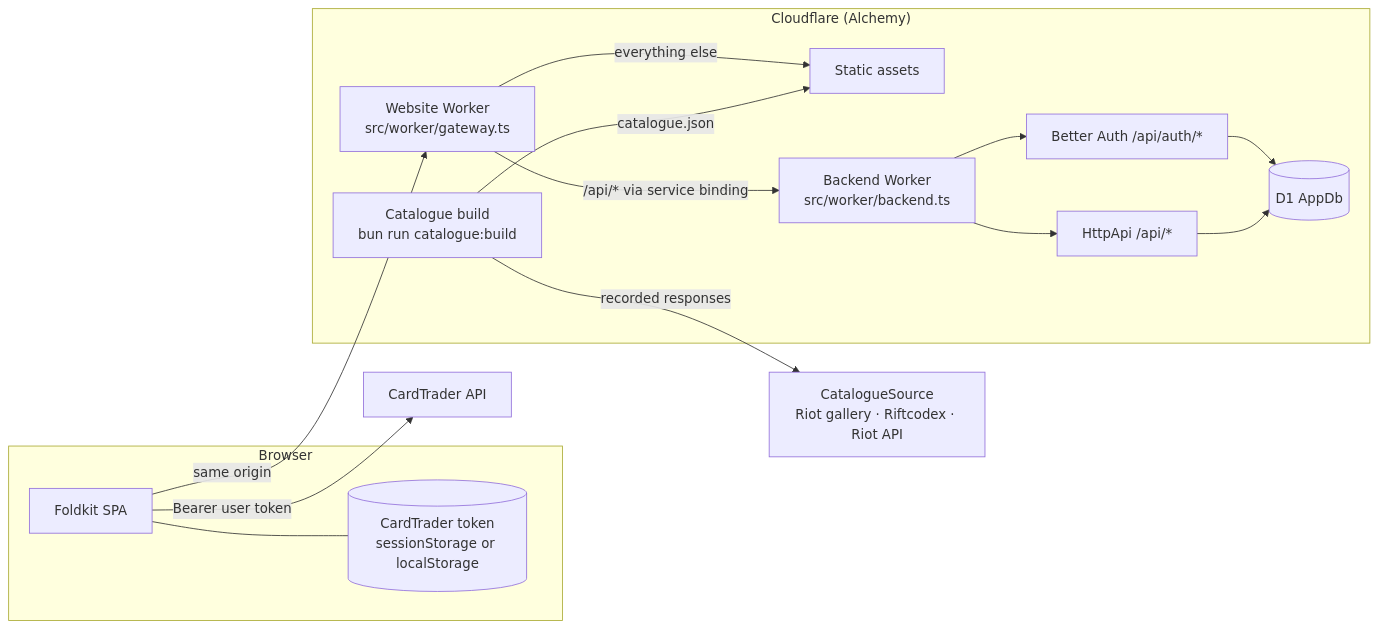
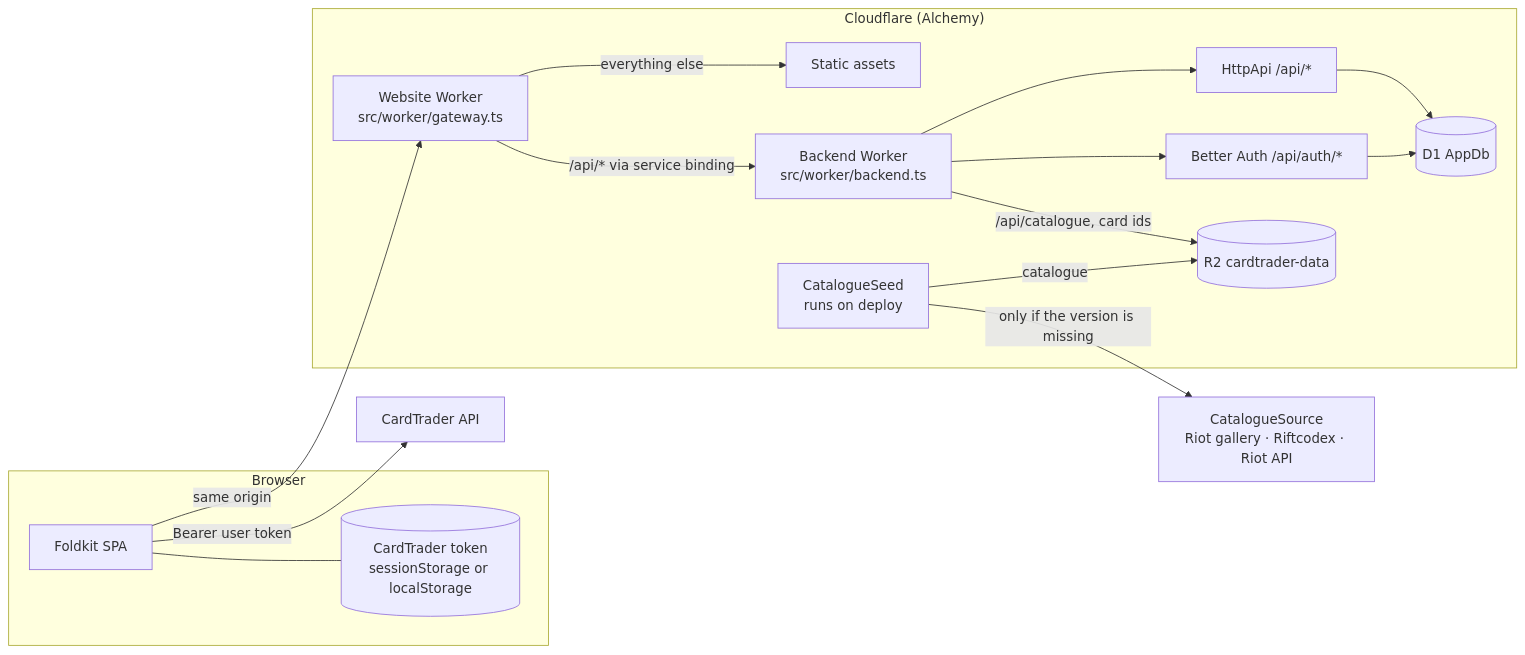
One commit to NichAnti/runebinder changed the diagram in docs/02-system-design.md. Above: the diagram before and after it, drawn with Mermaid. The commit also changed other lines of this file and 33 other files, not shown here.

First line of the commit message:
Seed the card catalogue into R2 on deploy and serve it from the Backend

````diff
--- a/docs/02-system-design.md
+++ b/docs/02-system-design.md
@@ -3,32 +3,34 @@
 ```mermaid
 flowchart LR
   subgraph Browser
     SPA[Foldkit SPA]
     Token[(CardTrader token<br>sessionStorage or localStorage)]
   end
 
   subgraph Cloudflare["Cloudflare (Alchemy)"]
     Gateway[Website Worker<br>src/worker/gateway.ts]
     Assets[Static assets]
     Backend[Backend Worker<br>src/worker/backend.ts]
     Auth[Better Auth /api/auth/*]
     Api[HttpApi /api/*]
-    Import[Catalogue build<br>bun run catalogue:build]
+    Seed[CatalogueSeed<br>runs on deploy]
+    Bucket[(R2 cardtrader-data)]
     DB[(D1 AppDb)]
   end
 
   Source[CatalogueSource<br>Riot gallery · Riftcodex · Riot API]
   CardTrader[CardTrader API]
 
   SPA -->|same origin| Gateway
   Gateway -->|everything else| Assets
   Gateway -->|/api/* via service binding| Backend
   Backend --> Auth
   Backend --> Api
   Auth --> DB
   Api --> DB
-  Import -->|recorded responses| Source
-  Import -->|catalogue.json| Assets
+  Seed -->|only if the version is missing| Source
+  Seed -->|catalogue| Bucket
+  Backend -->|/api/catalogue, card ids| Bucket
   SPA -->|Bearer user token| CardTrader
   SPA --- Token
 ```
````
